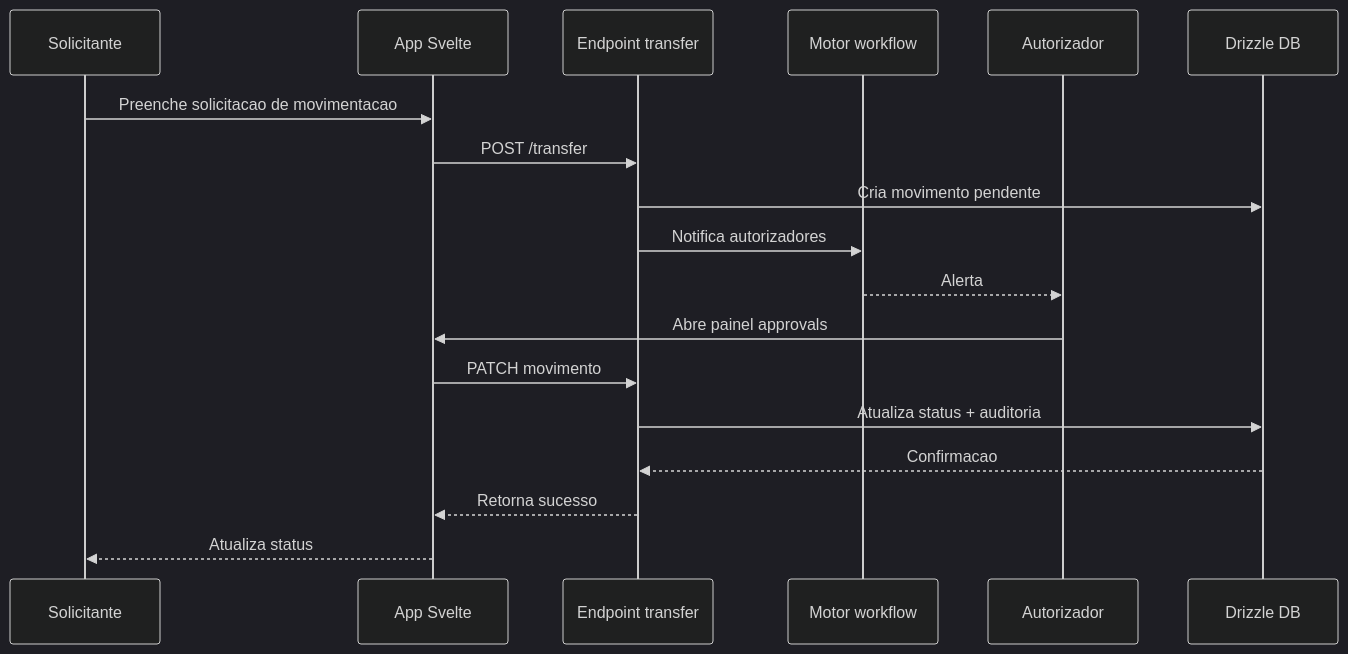
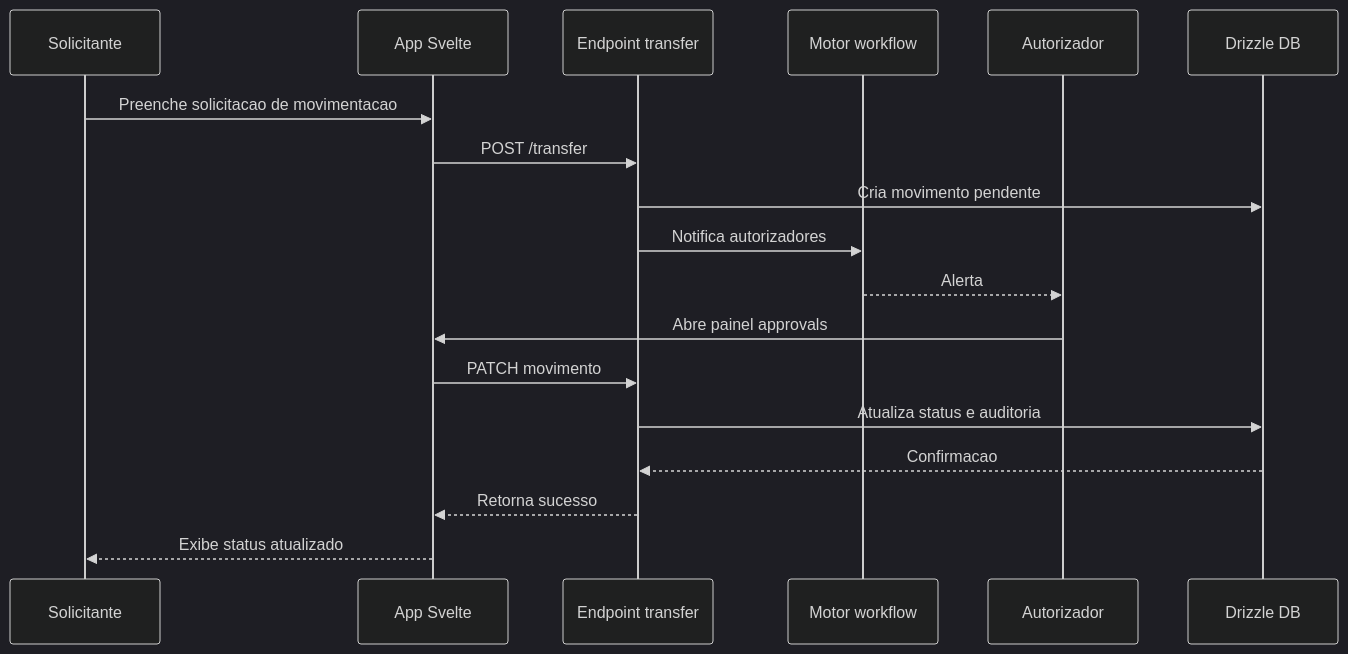
Before and after one commit to ideiascasa/Controle-de-Equipamentos: the second of 3 diagrams in SPEC.md, drawn with Mermaid (dark theme). The commit also changed other lines of this file and 4 other files, not shown here.

````diff
--- a/SPEC.md
+++ b/SPEC.md
@@ -52,20 +58,20 @@
 ```mermaid
 sequenceDiagram
     participant Req as Solicitante
     participant UI as App Svelte
     participant SV as Endpoint transfer
     participant WF as Motor workflow
     participant Auth as Autorizador
     participant DB as Drizzle DB
     Req->>UI: Preenche solicitacao de movimentacao
     UI->>SV: POST /transfer
     SV->>DB: Cria movimento pendente
     SV->>WF: Notifica autorizadores
     WF-->>Auth: Alerta
     Auth->>UI: Abre painel approvals
     UI->>SV: PATCH movimento
-    SV->>DB: Atualiza status + auditoria
+    SV->>DB: Atualiza status e auditoria
     DB-->>SV: Confirmacao
     SV-->>UI: Retorna sucesso
-    UI-->>Req: Atualiza status
+    UI-->>Req: Exibe status atualizado
 ```
````
